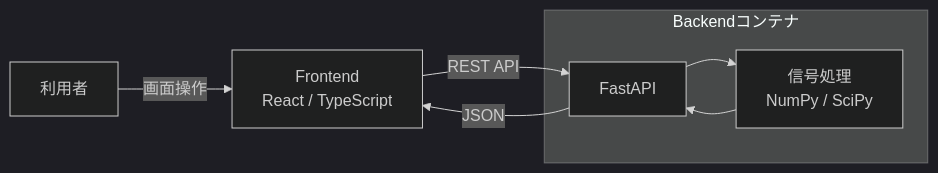
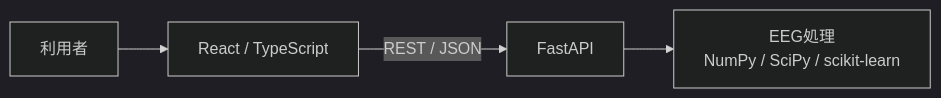
The first of 2 diagrams in doc/02_システム構成.md (ryoma-1999/eeg-analysis-platform), drawn with Mermaid (dark theme) before and after one commit. The commit also changed other lines of this file, not shown here.

````diff
--- a/doc/02_システム構成.md
+++ b/doc/02_システム構成.md
@@ -35,16 +7,6 @@
 ```mermaid
 flowchart LR
-    U["利用者"]
-    F["Frontend<br>React / TypeScript"]
-
-    subgraph B["Backendコンテナ"]
-        A["FastAPI"]
-        S["信号処理<br>NumPy / SciPy"]
-        A --> S
-        S --> A
-    end
-
-    U -->|"画面操作"| F
-    F -->|"REST API"| A
-    A -->|"JSON"| F
+    U["利用者"] --> F["React / TypeScript"]
+    F -->|"REST / JSON"| A["FastAPI"]
+    A --> S["EEG処理<br>NumPy / SciPy / scikit-learn"]
 ```
````
